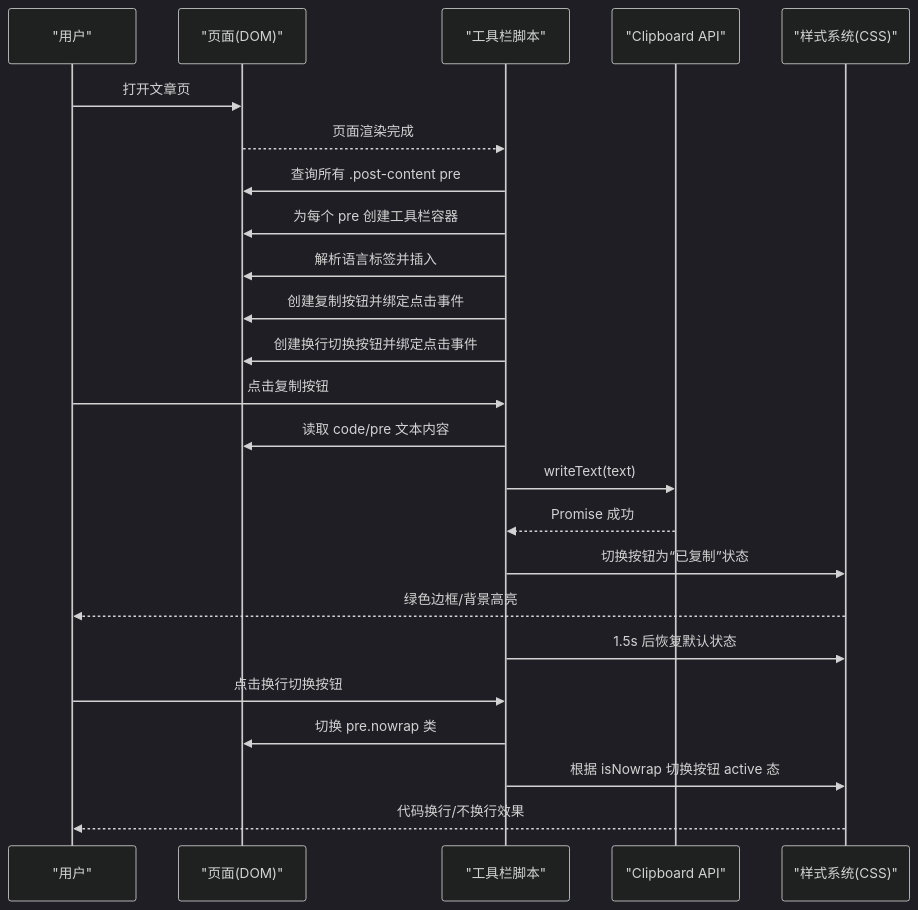
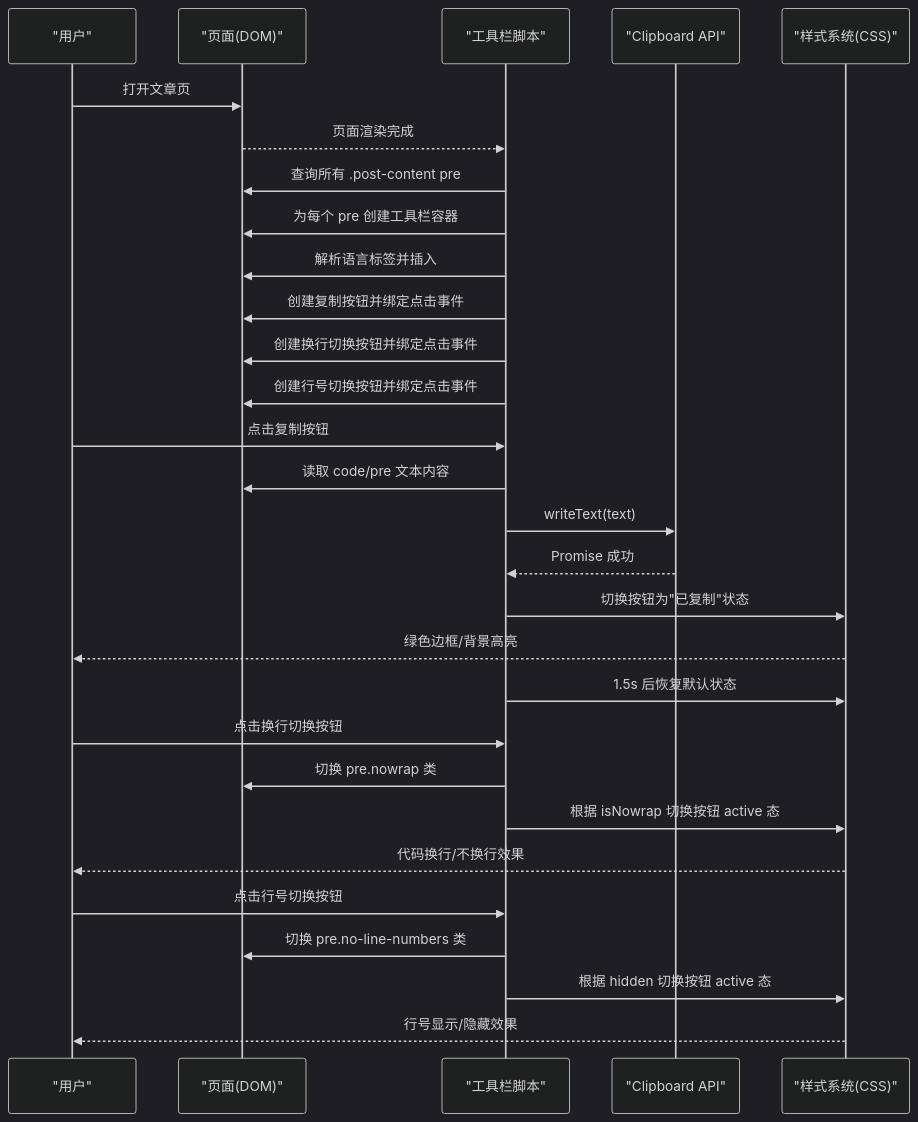
One commit to LZC6244/lzc6244.github.io changed the second of 7 diagrams in .qoder/repowiki/zh/content/代码展示增强/代码工具栏功能.md. Above: the diagram before and after it, drawn with Mermaid (dark theme). The commit also changed other lines of this file and 36 other files, not shown here.

````diff
--- a/.qoder/repowiki/zh/content/代码展示增强/代码工具栏功能.md
+++ b/.qoder/repowiki/zh/content/代码展示增强/代码工具栏功能.md
@@ -64,26 +76,31 @@
 ```mermaid
 sequenceDiagram
 participant U as "用户"
 participant P as "页面(DOM)"
 participant S as "工具栏脚本"
 participant CL as "Clipboard API"
 participant ST as "样式系统(CSS)"
 U->>P : 打开文章页
 P-->>S : 页面渲染完成
 S->>P : 查询所有 .post-content pre
 S->>P : 为每个 pre 创建工具栏容器
 S->>P : 解析语言标签并插入
 S->>P : 创建复制按钮并绑定点击事件
 S->>P : 创建换行切换按钮并绑定点击事件
+S->>P : 创建行号切换按钮并绑定点击事件
 U->>S : 点击复制按钮
 S->>P : 读取 code/pre 文本内容
 S->>CL : writeText(text)
 CL-->>S : Promise 成功
-S->>ST : 切换按钮为“已复制”状态
+S->>ST : 切换按钮为"已复制"状态
 ST-->>U : 绿色边框/背景高亮
 S->>ST : 1.5s 后恢复默认状态
 U->>S : 点击换行切换按钮
 S->>P : 切换 pre.nowrap 类
 S->>ST : 根据 isNowrap 切换按钮 active 态
 ST-->>U : 代码换行/不换行效果
+U->>S : 点击行号切换按钮
+S->>P : 切换 pre.no-line-numbers 类
+S->>ST : 根据 hidden 切换按钮 active 态
+ST-->>U : 行号显示/隐藏效果
 ```
````
